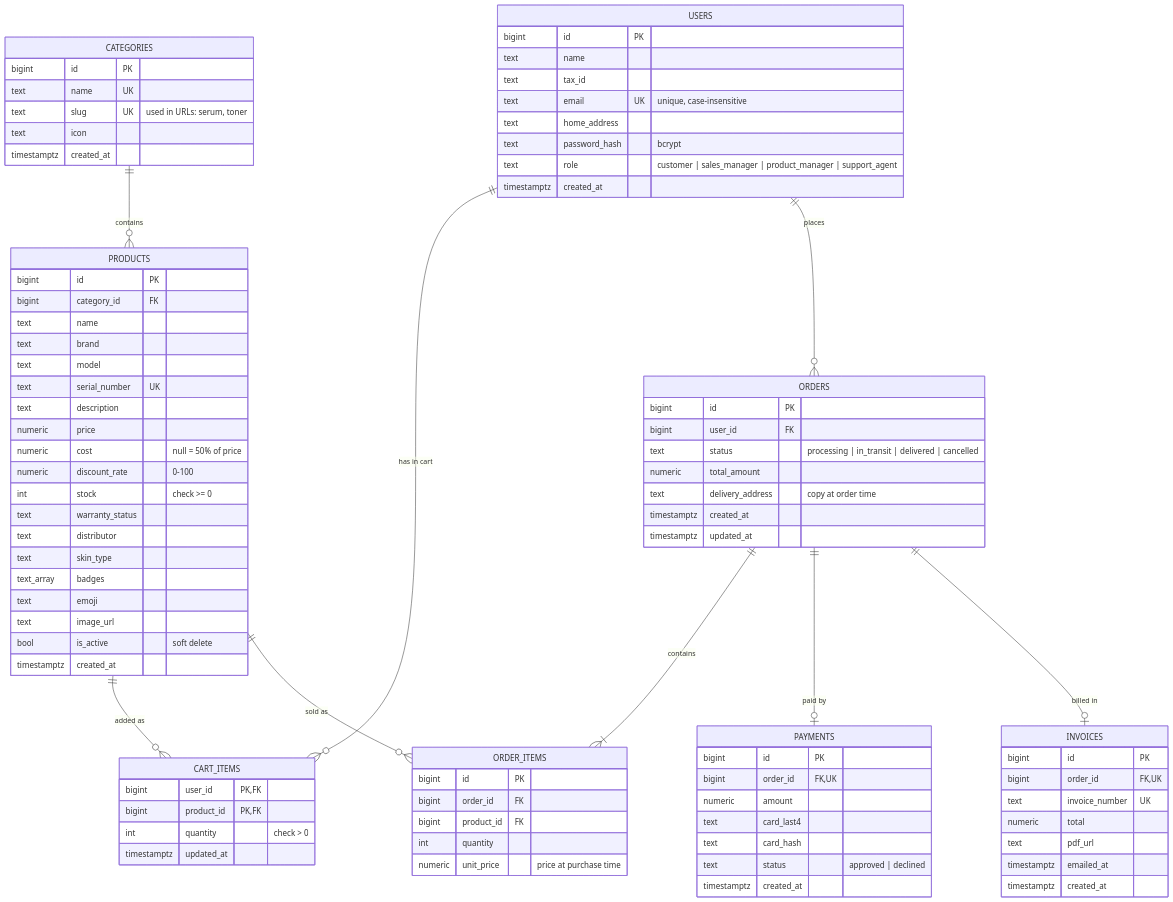
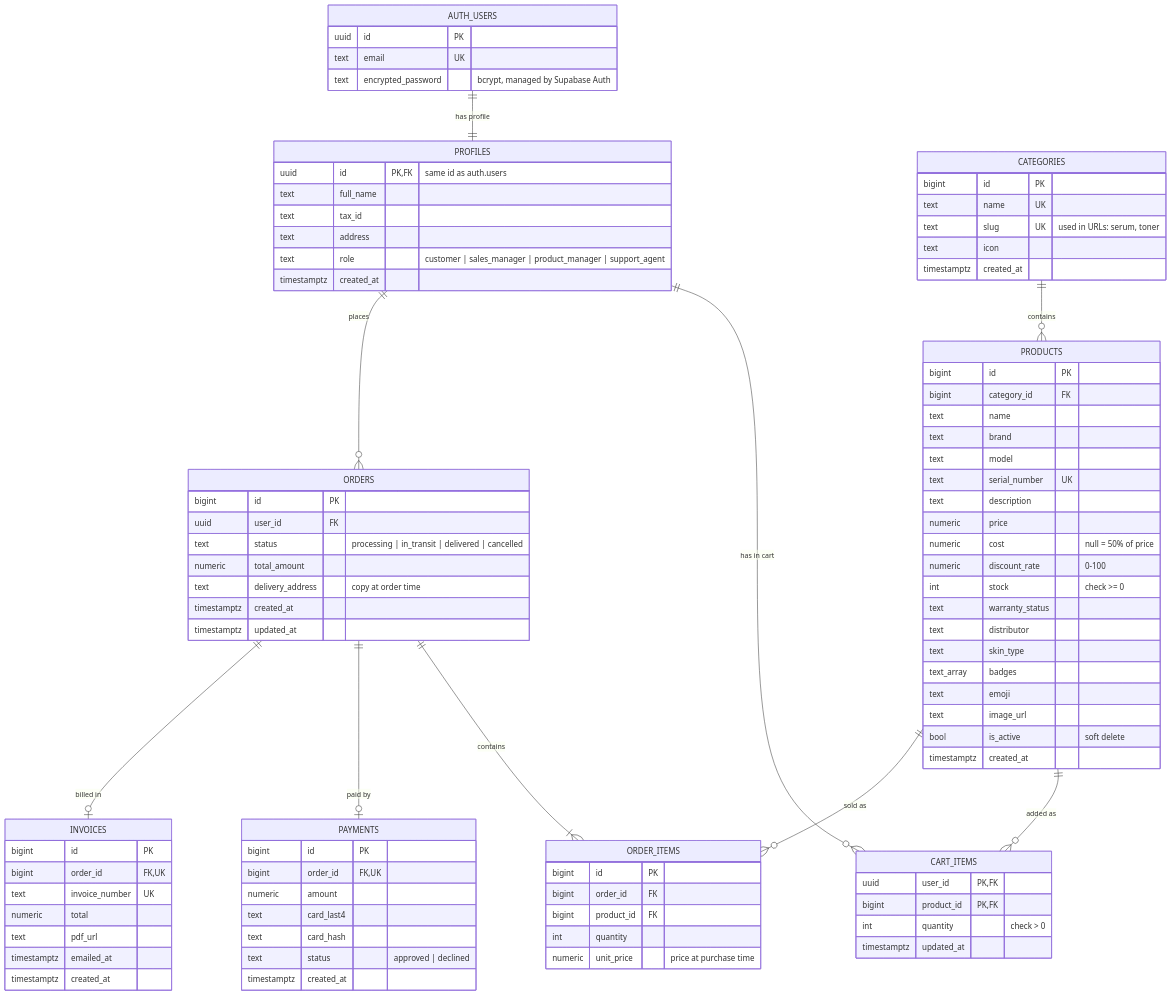
The first of 2 diagrams in docs/er-diagram.md (ebrarguclu/SkinWise), drawn with Mermaid before and after one commit. The commit also changed other lines of this file and 1 other file, not shown here.

First line of the commit message:
Link user data to Supabase Auth profiles (DP-14, DP-13)

````diff
--- a/docs/er-diagram.md
+++ b/docs/er-diagram.md
@@ -10,21 +10,25 @@
 ```mermaid
 erDiagram
+  AUTH_USERS ||--|| PROFILES : "has profile"
   CATEGORIES ||--o{ PRODUCTS : contains
-  USERS ||--o{ CART_ITEMS : "has in cart"
+  PROFILES ||--o{ CART_ITEMS : "has in cart"
   PRODUCTS ||--o{ CART_ITEMS : "added as"
-  USERS ||--o{ ORDERS : places
+  PROFILES ||--o{ ORDERS : places
   ORDERS ||--|{ ORDER_ITEMS : contains
   PRODUCTS ||--o{ ORDER_ITEMS : "sold as"
   ORDERS ||--o| PAYMENTS : "paid by"
   ORDERS ||--o| INVOICES : "billed in"
 
-  USERS {
-    bigint id PK
-    text name
+  AUTH_USERS {
+    uuid id PK
+    text email UK
+    text encrypted_password "bcrypt, managed by Supabase Auth"
+  }
+  PROFILES {
+    uuid id PK,FK "same id as auth.users"
+    text full_name
     text tax_id
-    text email UK "unique, case-insensitive"
-    text home_address
-    text password_hash "bcrypt"
+    text address
     text role "customer | sales_manager | product_manager | support_agent"
     timestamptz created_at
   }
@@ -57,14 +61,14 @@
     timestamptz created_at
   }
   CART_ITEMS {
-    bigint user_id PK,FK
+    uuid user_id PK,FK
     bigint product_id PK,FK
     int quantity "check > 0"
     timestamptz updated_at
   }
   ORDERS {
     bigint id PK
-    bigint user_id FK
+    uuid user_id FK
     text status "processing | in_transit | delivered | cancelled"
     numeric total_amount
     text delivery_address "copy at order time"
````
